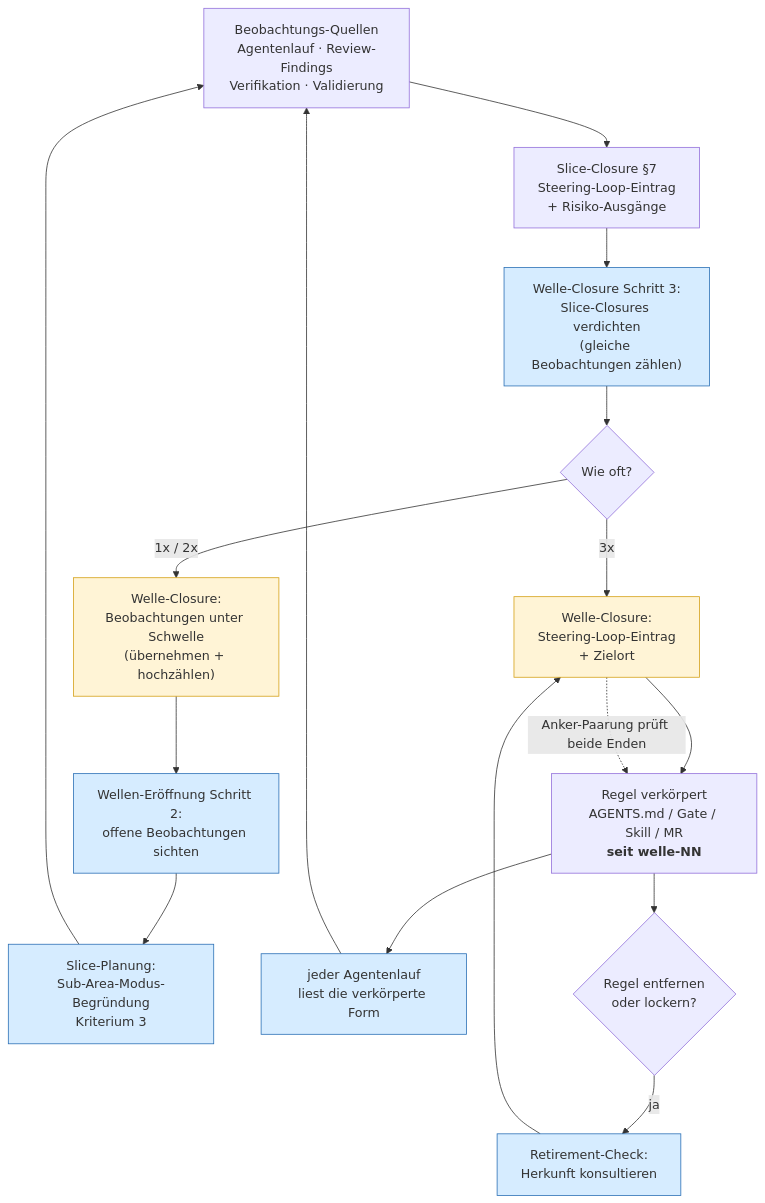
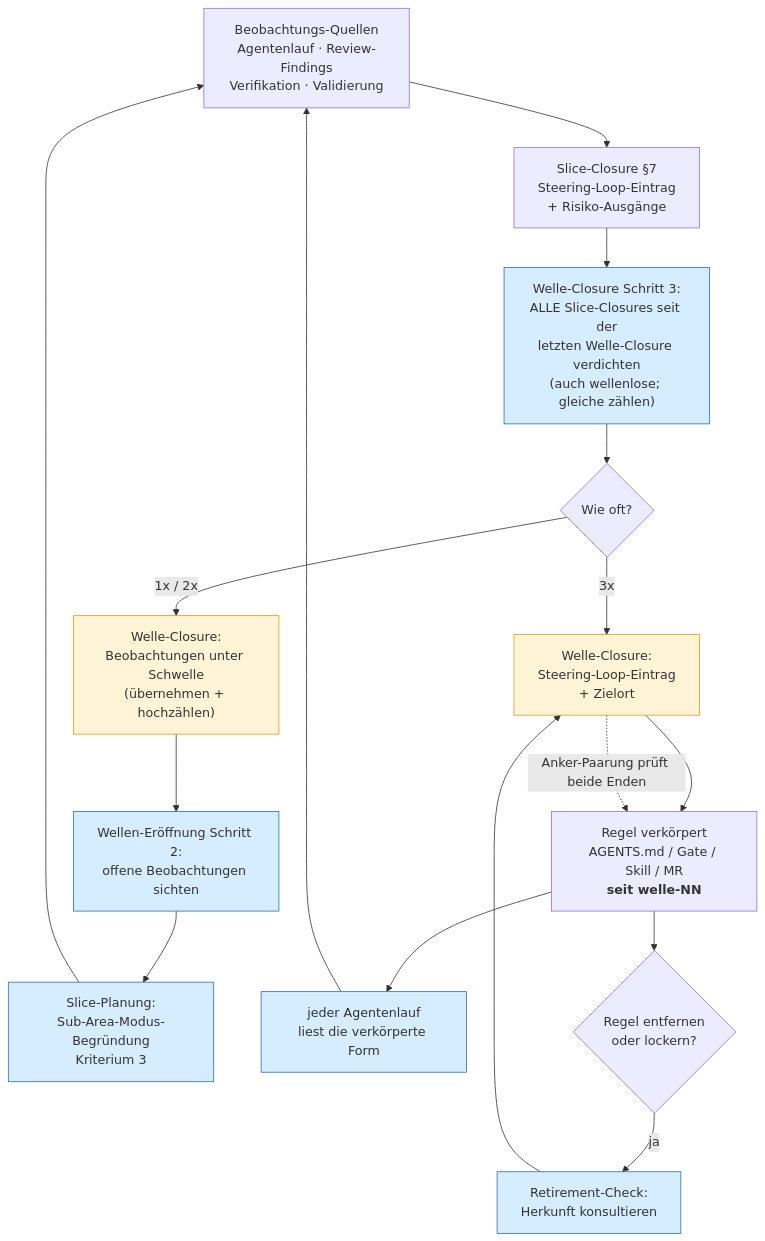
One commit to pt9912/ai-harness-course changed the fourth of 4 diagrams in kurs/de/grundlagen/konventionen.md. Above: the diagram before and after it, drawn with Mermaid. The commit also changed other lines of this file and 13 other files, not shown here.

````diff
--- a/kurs/de/grundlagen/konventionen.md
+++ b/kurs/de/grundlagen/konventionen.md
@@ -795,28 +795,28 @@
 ```mermaid
 flowchart TB
     A["Beobachtungs-Quellen<br/>Agentenlauf · Review-Findings<br/>Verifikation · Validierung"] --> B["Slice-Closure §7<br/>Steering-Loop-Eintrag<br/>+ Risiko-Ausgänge"]
-    B --> V["Welle-Closure Schritt 3:<br/>Slice-Closures verdichten<br/>(gleiche Beobachtungen zählen)"]
+    B --> V["Welle-Closure Schritt 3:<br/>ALLE Slice-Closures seit der<br/>letzten Welle-Closure verdichten<br/>(auch wellenlose; gleiche zählen)"]
     V --> C{"Wie oft?"}
     C -- "1x / 2x" --> D["Welle-Closure:<br/>Beobachtungen unter Schwelle<br/>(übernehmen + hochzählen)"]
     C -- "3x" --> E["Welle-Closure:<br/>Steering-Loop-Eintrag<br/>+ Zielort"]
 
     D --> F["Wellen-Eröffnung Schritt 2:<br/>offene Beobachtungen sichten"]
     F --> G["Slice-Planung:<br/>Sub-Area-Modus-Begründung<br/>Kriterium 3"]
     G --> A
 
     E --> H["Regel verkörpert<br/>AGENTS.md / Gate / Skill / MR<br/><b>seit welle-NN</b>"]
     H --> I["jeder Agentenlauf<br/>liest die verkörperte Form"]
     I --> A
     E -. "Anker-Paarung prüft beide Enden" .-> H
     H --> J{"Regel entfernen<br/>oder lockern?"}
     J -- "ja" --> K["Retirement-Check:<br/>Herkunft konsultieren"]
     K --> E
 
     style V fill:#d6ecff,stroke:#2a6fb5
     style D fill:#fff4d6,stroke:#d4a017
     style E fill:#fff4d6,stroke:#d4a017
     style F fill:#d6ecff,stroke:#2a6fb5
     style G fill:#d6ecff,stroke:#2a6fb5
     style I fill:#d6ecff,stroke:#2a6fb5
     style K fill:#d6ecff,stroke:#2a6fb5
 ```
````
